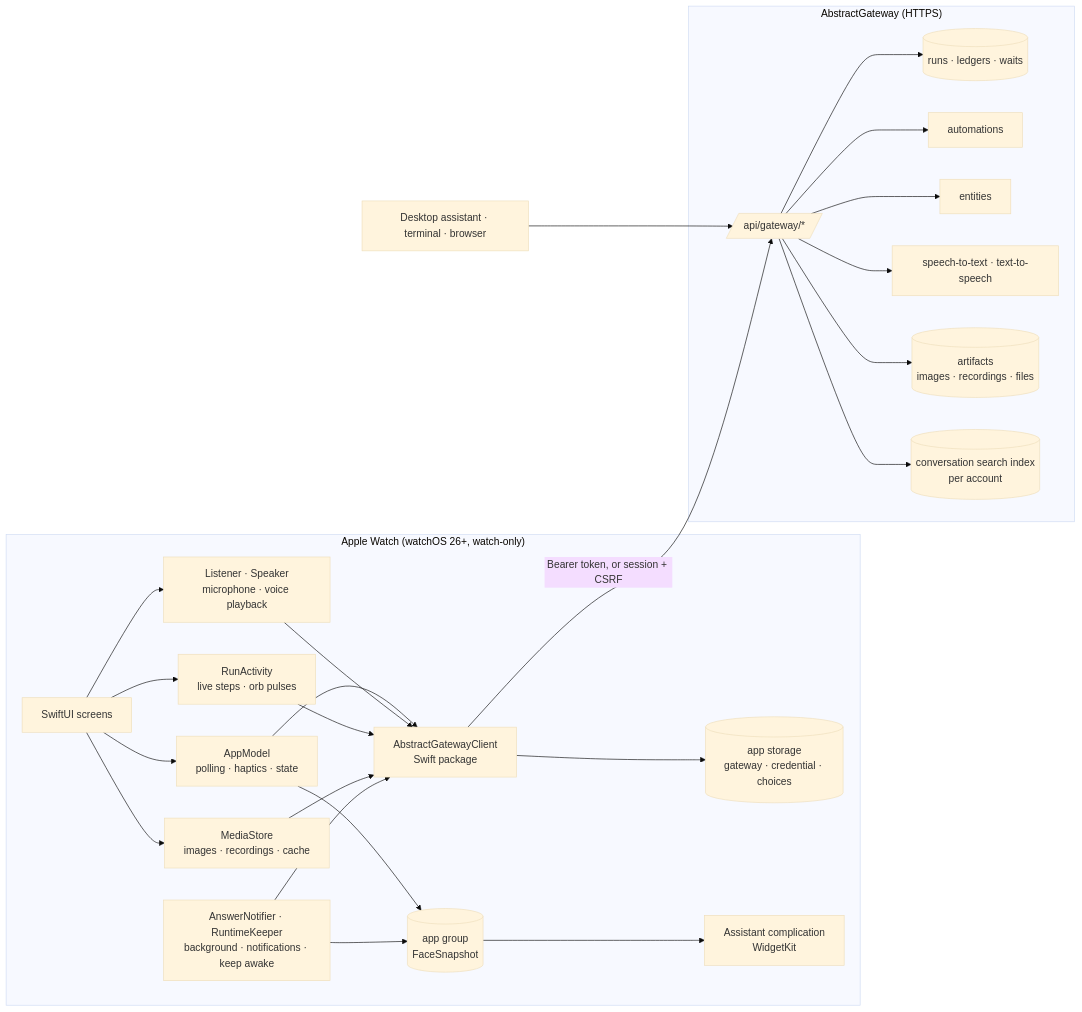
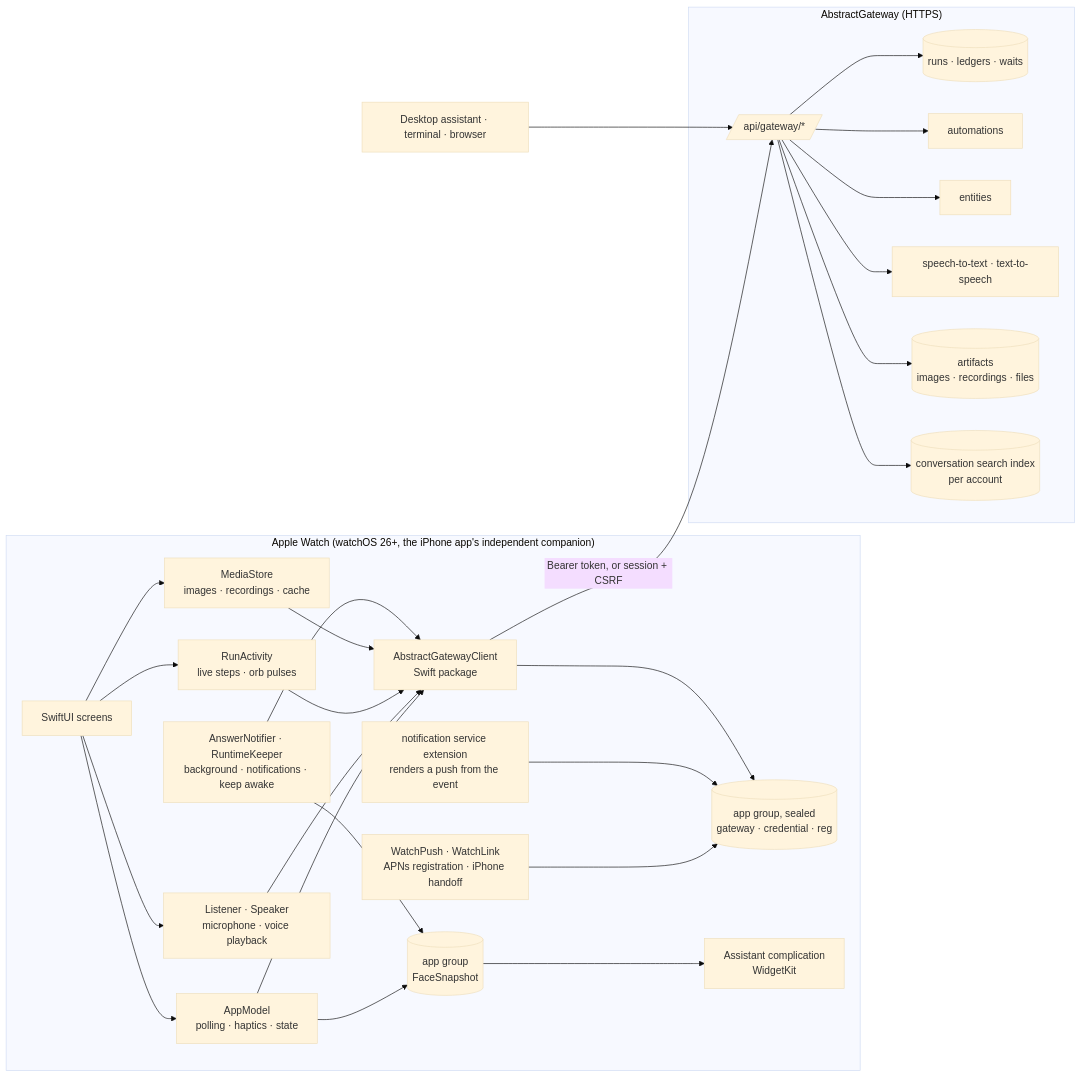
The first of 2 diagrams in watch/apple/docs/architecture.md (lpalbou/AbstractAssistant), drawn with Mermaid (base theme) before and after one commit. The commit also changed other lines of this file and 19 other files, not shown here.

````diff
--- a/watch/apple/docs/architecture.md
+++ b/watch/apple/docs/architecture.md
@@ -7,41 +9,45 @@
 ```mermaid
 flowchart LR
-  subgraph Watch["Apple Watch (watchOS 26+, watch-only)"]
+  subgraph Watch["Apple Watch (watchOS 26+, the iPhone app's independent companion)"]
     UI[SwiftUI screens]
     Model[AppModel<br/>polling · haptics · state]
     Media[Listener · Speaker<br/>microphone · voice playback]
     Work[RunActivity<br/>live steps · orb pulses]
     Files[MediaStore<br/>images · recordings · cache]
     BG[AnswerNotifier · RuntimeKeeper<br/>background · notifications · keep awake]
     Kit[AbstractGatewayClient<br/>Swift package]
-    Store[(app storage<br/>gateway · credential · choices)]
+    Store[(app group, sealed<br/>gateway · credential · reg)]
+    Push[WatchPush · WatchLink<br/>APNs registration · iPhone handoff]
+    NSE[notification service extension<br/>renders a push from the event]
+    Push --> Store
+    NSE --> Store
     UI --> Model --> Kit
     UI --> Media --> Kit
     UI --> Work --> Kit
     UI --> Files --> Kit
     BG --> Kit
     Kit --> Store
     Face[(app group<br/>FaceSnapshot)]
     Clock[Assistant complication<br/>WidgetKit]
     Model --> Face
     BG --> Face
     Face --> Clock
   end
   subgraph GW["AbstractGateway (HTTPS)"]
     API[/api/gateway/*/]
     Runs[(runs · ledgers · waits)]
     Auto[automations]
     Ent[entities]
     Voice[speech-to-text · text-to-speech]
     Art[(artifacts<br/>images · recordings · files)]
     Search[(conversation search index<br/>per account)]
     API --> Runs
     API --> Auto
     API --> Ent
     API --> Voice
     API --> Art
     API --> Search
   end
   Kit -- "Bearer token, or session + CSRF" --> API
   Other[Desktop assistant · terminal · browser] --> API
 ```
````
